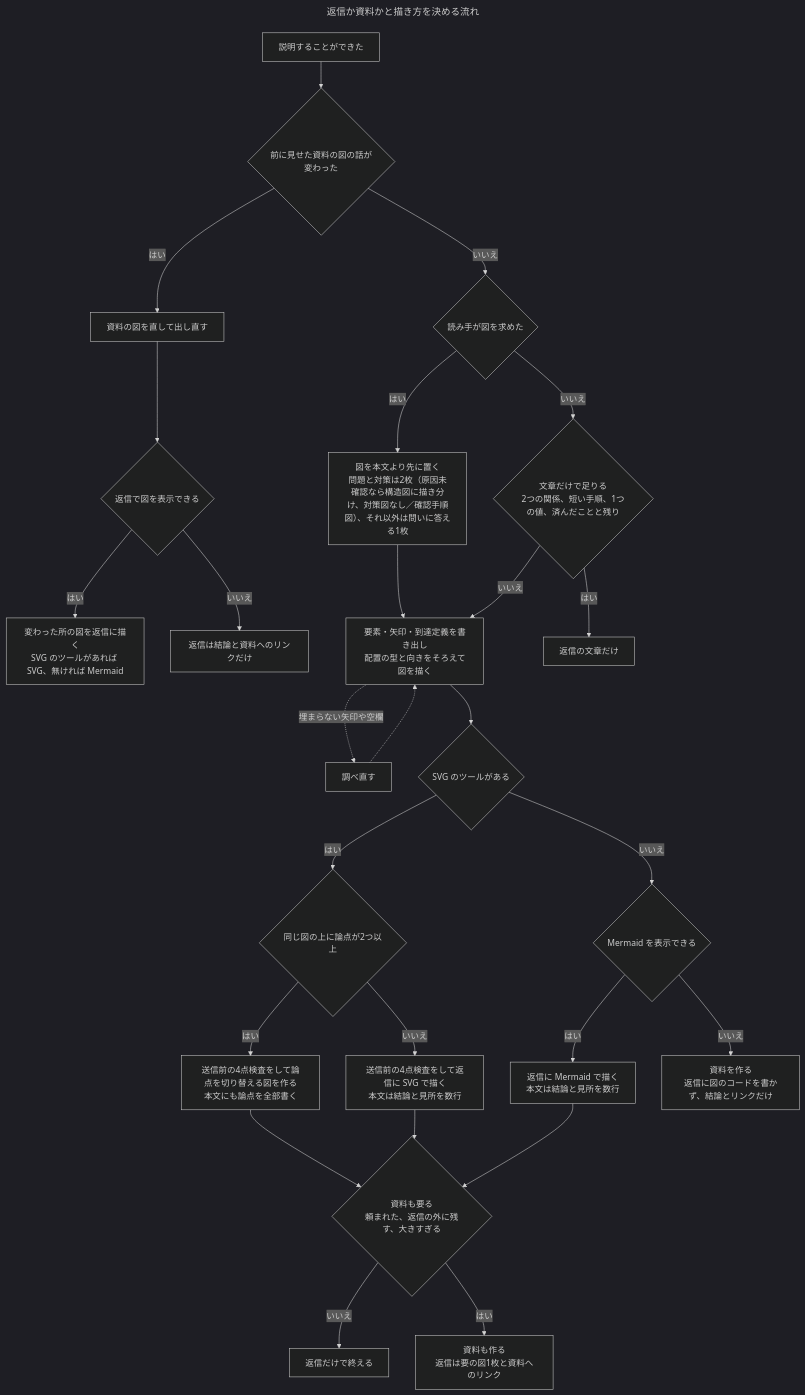
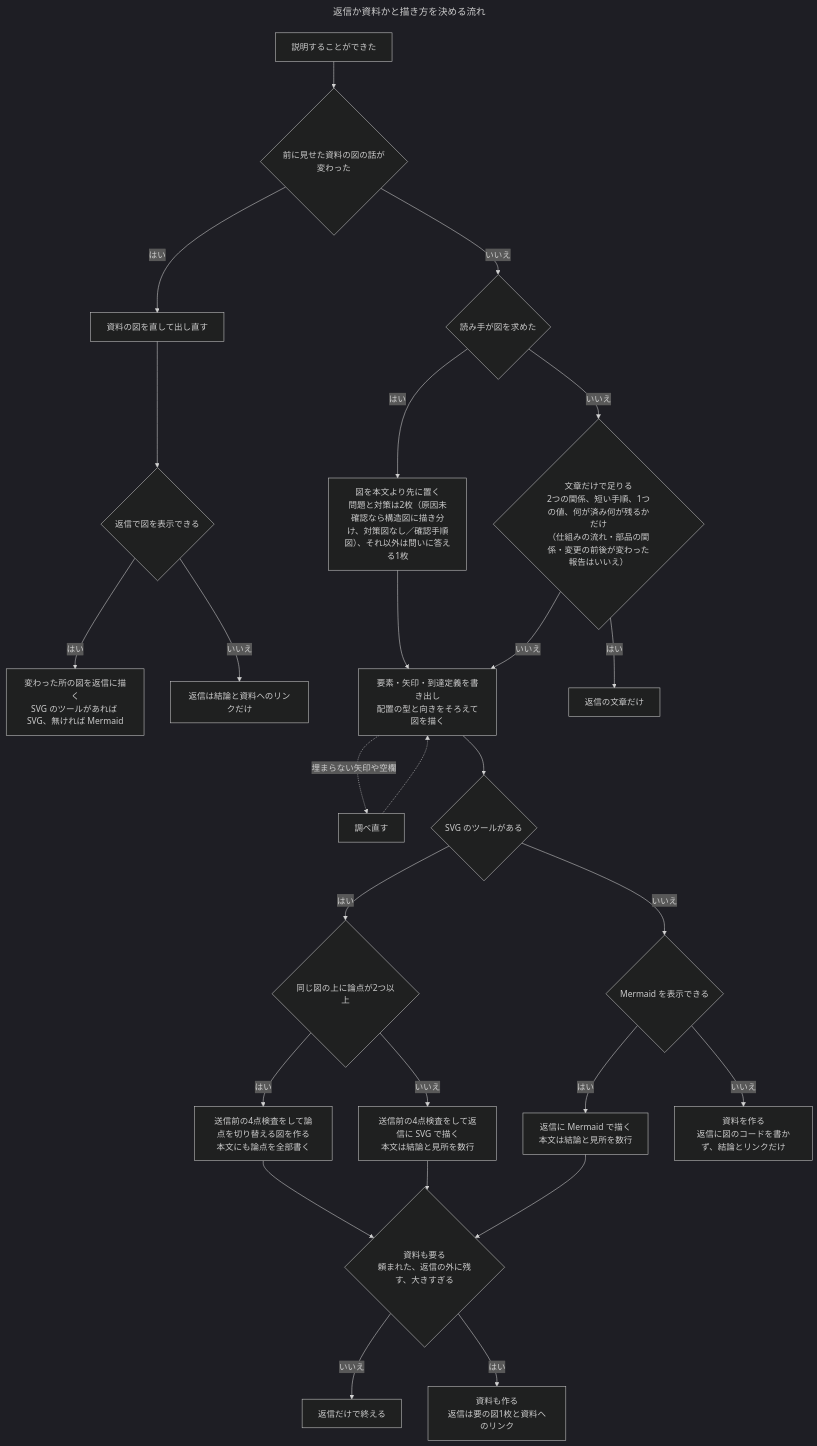
The diagram in plugins/figure-docs/skills/figure-docs/SKILL.md (u-ichi/agent-plugins), drawn with Mermaid (dark theme) before and after one commit. The commit also changed other lines of this file, not shown here.

Commit message:
figure-docs で流れ・部品関係・変更前後が変わる完了報告は図にするよう文章だけ条件と判断図をそろえる

````diff
--- a/plugins/figure-docs/skills/figure-docs/SKILL.md
+++ b/plugins/figure-docs/skills/figure-docs/SKILL.md
@@ -62,29 +62,29 @@
 ```mermaid
 ---
 title: 返信か資料かと描き方を決める流れ
 ---
 flowchart TB
   A[説明することができた] --> H{前に見せた資料の図の話が変わった}
   H -- はい --> I[資料の図を直して出し直す]
   I --> J{返信で図を表示できる}
   J -- はい --> K["変わった所の図を返信に描く<br>SVG のツールがあれば SVG、無ければ Mermaid"]
   J -- いいえ --> L[返信は結論と資料へのリンクだけ]
   H -- いいえ --> Q{読み手が図を求めた}
   Q -- はい --> C1["図を本文より先に置く<br>問題と対策は2枚（原因未確認なら構造図に描き分け、対策図なし／確認手順図）、それ以外は問いに答える1枚"] --> C
-  Q -- いいえ --> B{"文章だけで足りる<br>2つの関係、短い手順、1つの値、済んだことと残り"}
+  Q -- いいえ --> B{"文章だけで足りる<br>2つの関係、短い手順、1つの値、何が済み何が残るかだけ<br>（仕組みの流れ・部品の関係・変更の前後が変わった報告はいいえ）"}
   B -- はい --> T[返信の文章だけ]
   B -- いいえ --> C["要素・矢印・到達定義を書き出し<br>配置の型と向きをそろえて図を描く"]
   C -. 埋まらない矢印や空欄 .-> R[調べ直す] -.-> C
   C --> D1{SVG のツールがある}
   D1 -- はい --> P{同じ図の上に論点が2つ以上}
   P -- はい --> P2["送信前の4点検査をして論点を切り替える図を作る<br>本文にも論点を全部書く"]
   P -- いいえ --> D2["送信前の4点検査をして返信に SVG で描く<br>本文は結論と見所を数行"]
   D1 -- いいえ --> D3{Mermaid を表示できる}
   D3 -- はい --> D4["返信に Mermaid で描く<br>本文は結論と見所を数行"]
   D3 -- いいえ --> G2["資料を作る<br>返信に図のコードを書かず、結論とリンクだけ"]
   P2 --> E
   D2 --> E{"資料も要る<br>頼まれた、返信の外に残す、大きすぎる"}
   D4 --> E
   E -- いいえ --> F[返信だけで終える]
   E -- はい --> G1["資料も作る<br>返信は要の図1枚と資料へのリンク"]
 ```
````
